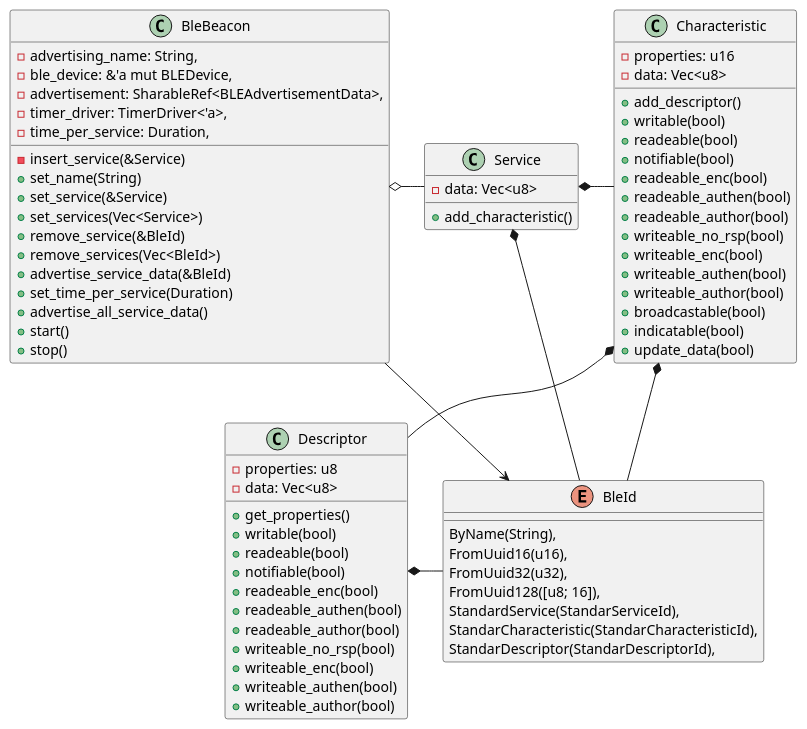
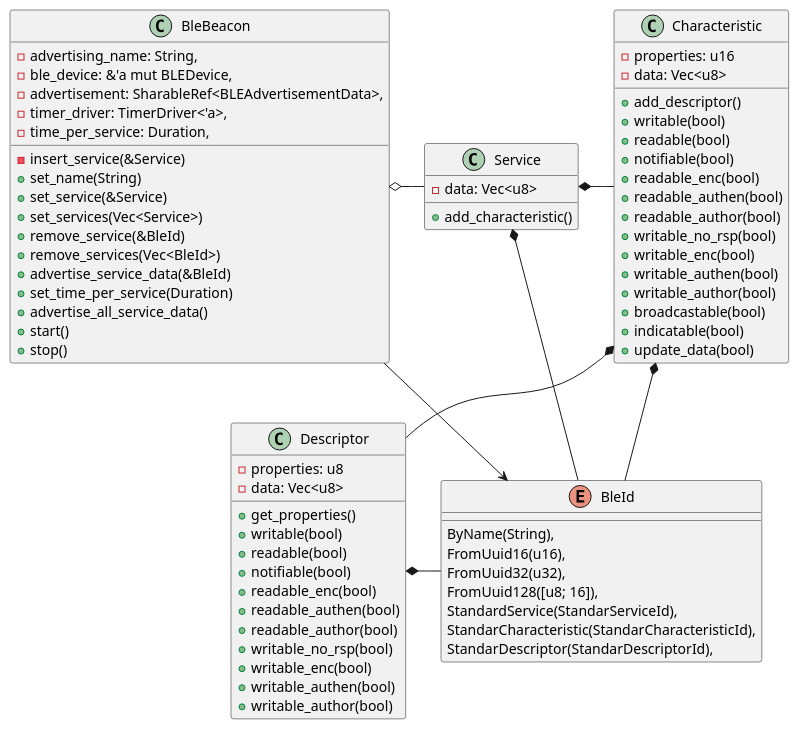
Before and after one commit to esp32framework/esp32framework: the diagram in diagrams/ble-beacon.puml, drawn with PlantUML. The commit also changed 7 other files, not shown here.

```diff
--- a/diagrams/ble-beacon.puml
+++ b/diagrams/ble-beacon.puml
@@ -1,80 +1,80 @@
 @startuml Ble Beacon
 
 class BleBeacon{
     - advertising_name: String,
     - ble_device: &'a mut BLEDevice,
     - advertisement: SharableRef<BLEAdvertisementData>,
     - timer_driver: TimerDriver<'a>,
     - time_per_service: Duration,
     - insert_service(&Service)
     + set_name(String)
     + set_service(&Service)
     + set_services(Vec<Service>)
     + remove_service(&BleId)
     + remove_services(Vec<BleId>)
     + advertise_service_data(&BleId)
     + set_time_per_service(Duration)
     + advertise_all_service_data()
     + start()
     + stop()
 }
 
 enum BleId {
     ByName(String),
     FromUuid16(u16),
     FromUuid32(u32),
     FromUuid128([u8; 16]),
     StandardService(StandarServiceId),
     StandarCharacteristic(StandarCharacteristicId),
     StandarDescriptor(StandarDescriptorId),
 }
 
 class Service {
     - data: Vec<u8>
     + add_characteristic()
     
 } 
 
 class Characteristic{
     - properties: u16
     - data: Vec<u8>
     + add_descriptor()
     + writable(bool)
-    + readeable(bool)
+    + readable(bool)
     + notifiable(bool)
-    + readeable_enc(bool)
-    + readeable_authen(bool)
-    + readeable_author(bool)
-    + writeable_no_rsp(bool)
-    + writeable_enc(bool)
-    + writeable_authen(bool)
-    + writeable_author(bool)
+    + readable_enc(bool)
+    + readable_authen(bool)
+    + readable_author(bool)
+    + writable_no_rsp(bool)
+    + writable_enc(bool)
+    + writable_authen(bool)
+    + writable_author(bool)
     + broadcastable(bool)
     + indicatable(bool)
     + update_data(bool)
 }
 
 class Descriptor{
     - properties: u8
     - data: Vec<u8>
     + get_properties()
     + writable(bool)
-    + readeable(bool)
+    + readable(bool)
     + notifiable(bool)
-    + readeable_enc(bool)
-    + readeable_authen(bool)
-    + readeable_author(bool)
-    + writeable_no_rsp(bool)
-    + writeable_enc(bool)
-    + writeable_authen(bool)
-    + writeable_author(bool)
+    + readable_enc(bool)
+    + readable_authen(bool)
+    + readable_author(bool)
+    + writable_no_rsp(bool)
+    + writable_enc(bool)
+    + writable_authen(bool)
+    + writable_author(bool)
 }
 
 BleBeacon -> BleId
 BleBeacon o- Service
 Service *- Characteristic
 Service *-- BleId
 Characteristic *- Descriptor
 Characteristic *-- BleId
 Descriptor *- BleId
 @enduml
```
